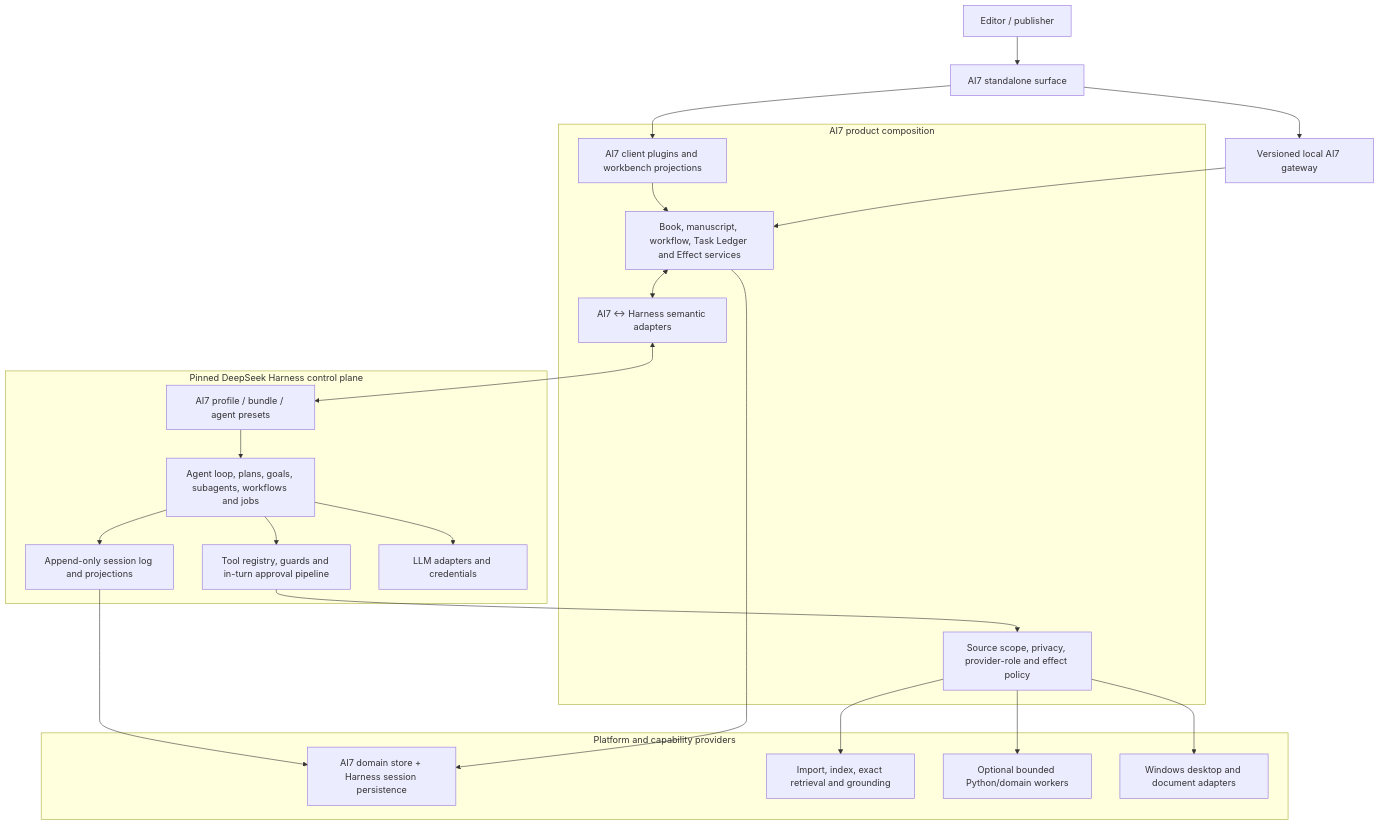
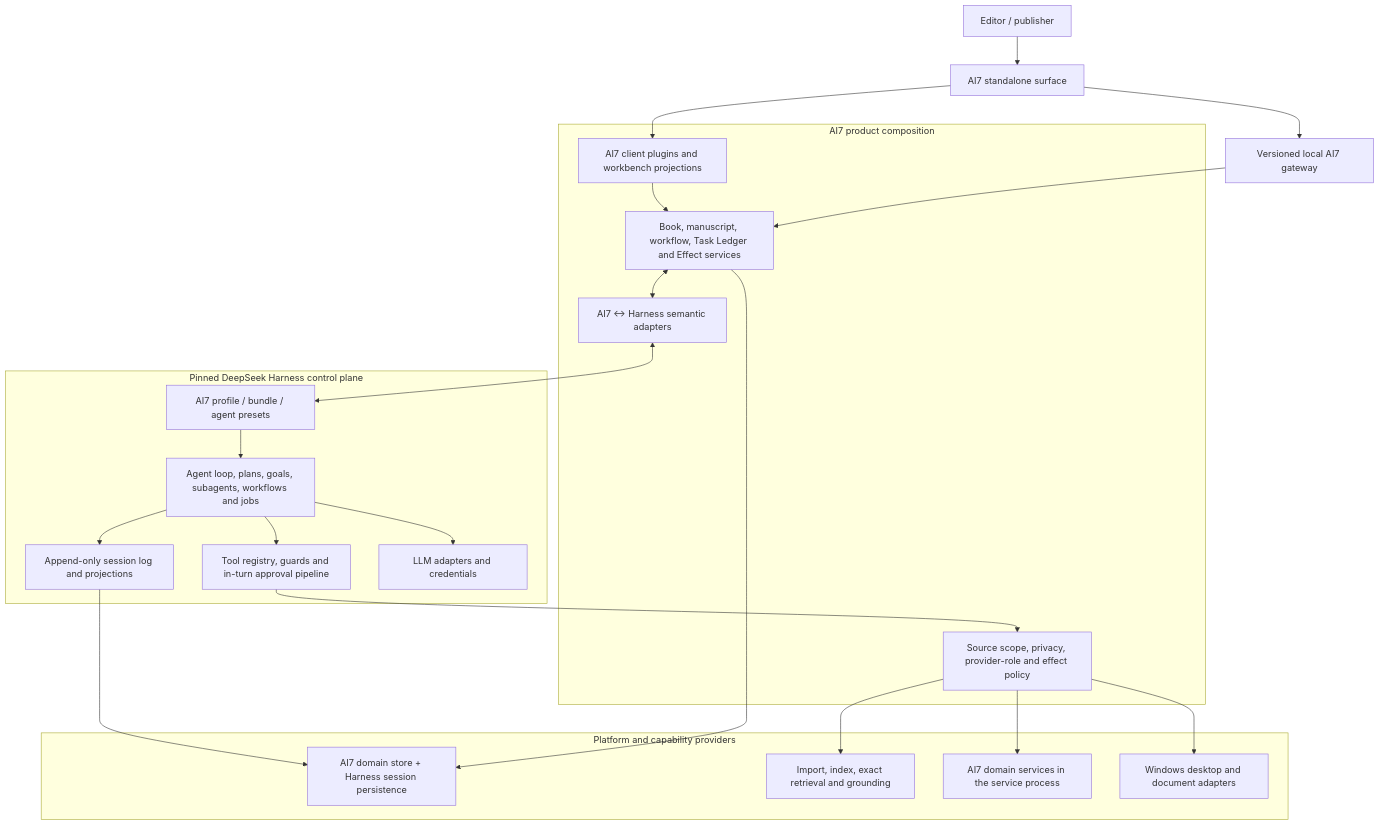
One commit to zhouy1017/ai7-harness changed the diagram in kick-in/02-target-architecture.md. Above: the diagram before and after it, drawn with Mermaid. The commit also changed other lines of this file and 12 other files, not shown here.

````diff
--- a/kick-in/02-target-architecture.md
+++ b/kick-in/02-target-architecture.md
@@ -46,46 +46,46 @@
 ```mermaid
 flowchart TB
     User["Editor / publisher"]
     Standalone["AI7 standalone surface"]
     Gateway["Versioned local AI7 gateway"]
 
     subgraph Product["AI7 product composition"]
         Client["AI7 client plugins and workbench projections"]
         Domain["Book, manuscript, workflow, Task Ledger and Effect services"]
         Policy["Source scope, privacy, provider-role and effect policy"]
         Adapters["AI7 ↔ Harness semantic adapters"]
     end
 
     subgraph Harness["Pinned DeepSeek Harness control plane"]
         Profile["AI7 profile / bundle / agent presets"]
         Agent["Agent loop, plans, goals, subagents, workflows and jobs"]
         Session["Append-only session log and projections"]
         Tools["Tool registry, guards and in-turn approval pipeline"]
         LLM["LLM adapters and credentials"]
     end
 
     subgraph Providers["Platform and capability providers"]
         Store["AI7 domain store + Harness session persistence"]
         Source["Import, index, exact retrieval and grounding"]
-        Worker["Optional bounded Python/domain workers"]
+        Worker["AI7 domain services in the service process"]
         Desktop["Windows desktop and document adapters"]
     end
 
     User --> Standalone
     Standalone --> Client
     Standalone --> Gateway
     Gateway --> Domain
     Client --> Domain
     Domain <--> Adapters
     Adapters <--> Profile
     Profile --> Agent
     Agent --> Session
     Agent --> Tools
     Agent --> LLM
     Tools --> Policy
     Policy --> Source
     Policy --> Worker
     Policy --> Desktop
     Domain --> Store
     Session --> Store
 ```
````
